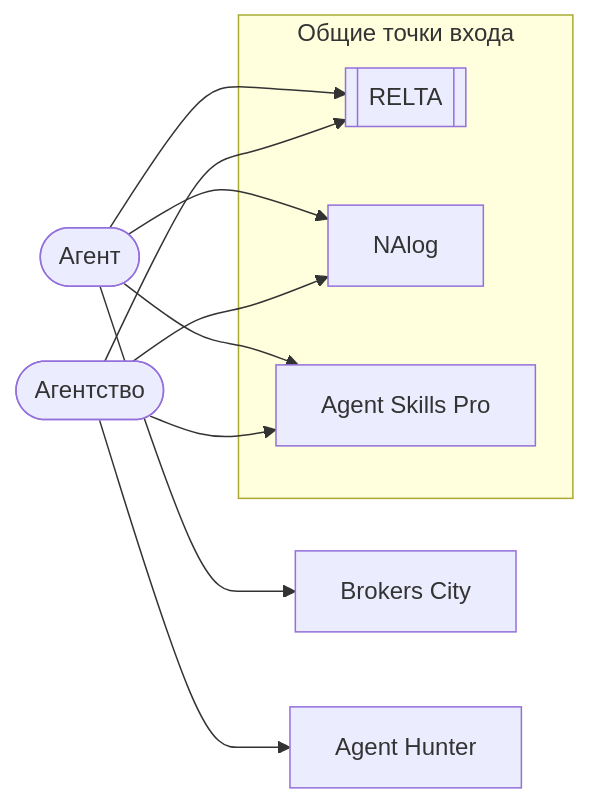
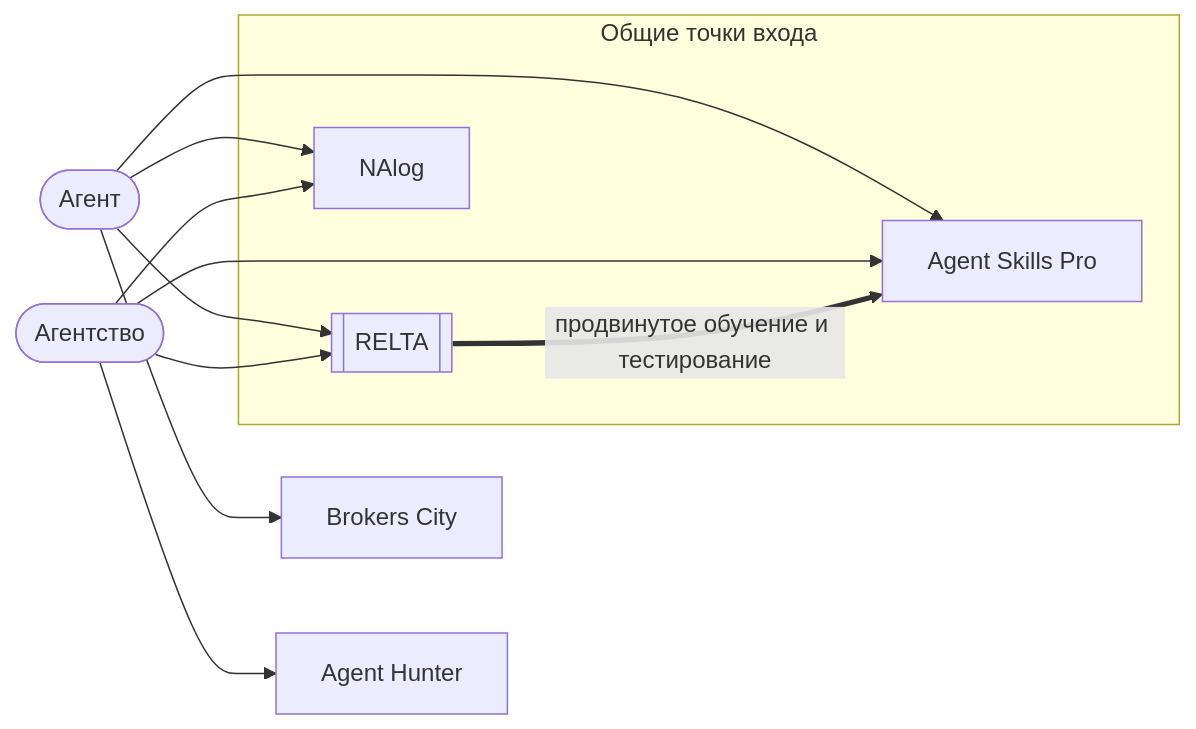
The first of 4 diagrams in reports/decisions/2026-11-02-ecosystem.md (dkuplevatskij/AI-Executive-Team), drawn with Mermaid before and after one commit. The commit also changed other lines of this file and 1 other file, not shown here.

````diff
--- a/reports/decisions/2026-11-02-ecosystem.md
+++ b/reports/decisions/2026-11-02-ecosystem.md
@@ -37,14 +37,15 @@
 ```mermaid
 flowchart LR
   A([Агент])
   G([Агентство])
   subgraph S [Общие точки входа]
     R[[RELTA]]
     N[NAlog]
     K[Agent Skills Pro]
   end
   B[Brokers City]
   H[Agent Hunter]
   A --> R & N & K & B
   G --> R & H & N & K
+  R ==>|продвинутое обучение и тестирование| K
 ```
````
